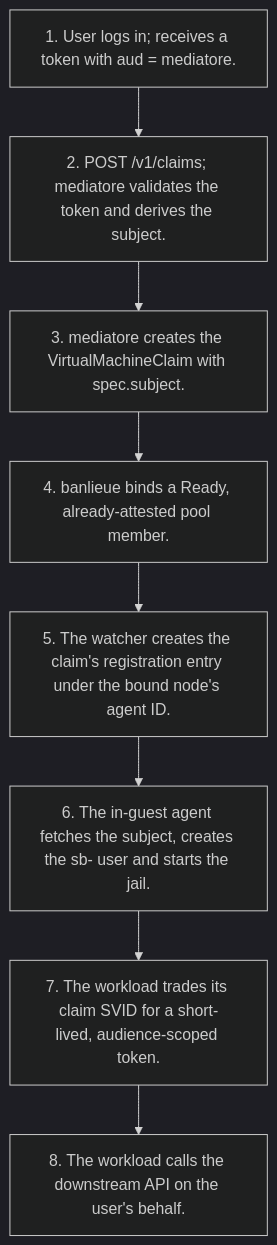
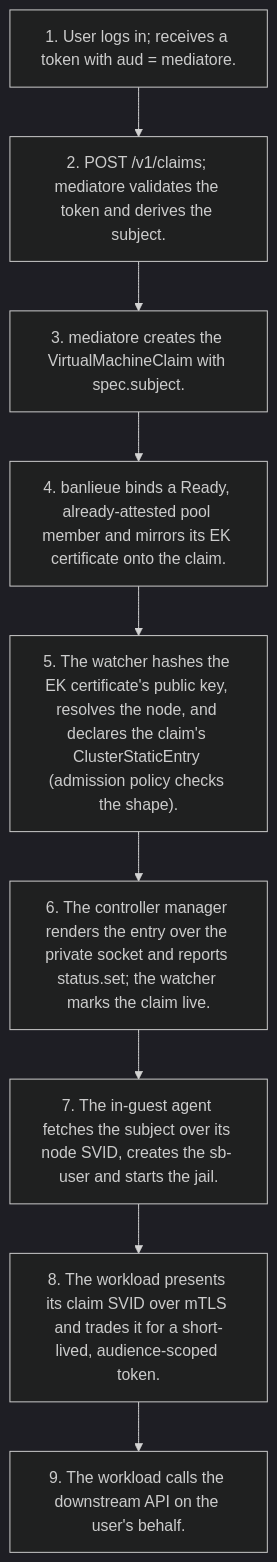
The first of 3 diagrams in docs/architecture/diagrams/flows.md (firestoned/mediatore), drawn with Mermaid (dark theme) before and after one commit. The commit also changed other lines of this file and 18 other files, not shown here.

````diff
--- a/docs/architecture/diagrams/flows.md
+++ b/docs/architecture/diagrams/flows.md
@@ -29,12 +29,13 @@
 ```mermaid
 flowchart TD
     t1["1. User logs in; receives a token with aud = mediatore."]
     t2["2. POST /v1/claims; mediatore validates the token and derives the subject."]
     t3["3. mediatore creates the VirtualMachineClaim with spec.subject."]
-    t4["4. banlieue binds a Ready, already-attested pool member."]
-    t5["5. The watcher creates the claim's registration entry under the bound node's agent ID."]
-    t6["6. The in-guest agent fetches the subject, creates the sb- user and starts the jail."]
-    t7["7. The workload trades its claim SVID for a short-lived, audience-scoped token."]
-    t8["8. The workload calls the downstream API on the user's behalf."]
-    t1 --> t2 --> t3 --> t4 --> t5 --> t6 --> t7 --> t8
+    t4["4. banlieue binds a Ready, already-attested pool member and mirrors its EK certificate onto the claim."]
+    t5["5. The watcher hashes the EK certificate's public key, resolves the node, and declares the claim's ClusterStaticEntry (admission policy checks the shape)."]
+    t6["6. The controller manager renders the entry over the private socket and reports status.set; the watcher marks the claim live."]
+    t7["7. The in-guest agent fetches the subject over its node SVID, creates the sb- user and starts the jail."]
+    t8["8. The workload presents its claim SVID over mTLS and trades it for a short-lived, audience-scoped token."]
+    t9["9. The workload calls the downstream API on the user's behalf."]
+    t1 --> t2 --> t3 --> t4 --> t5 --> t6 --> t7 --> t8 --> t9
 ```
````
